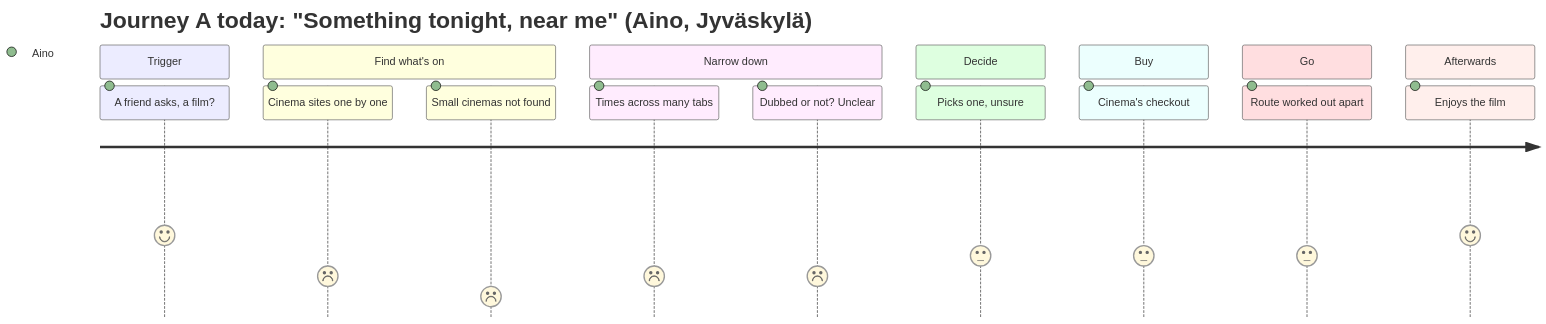
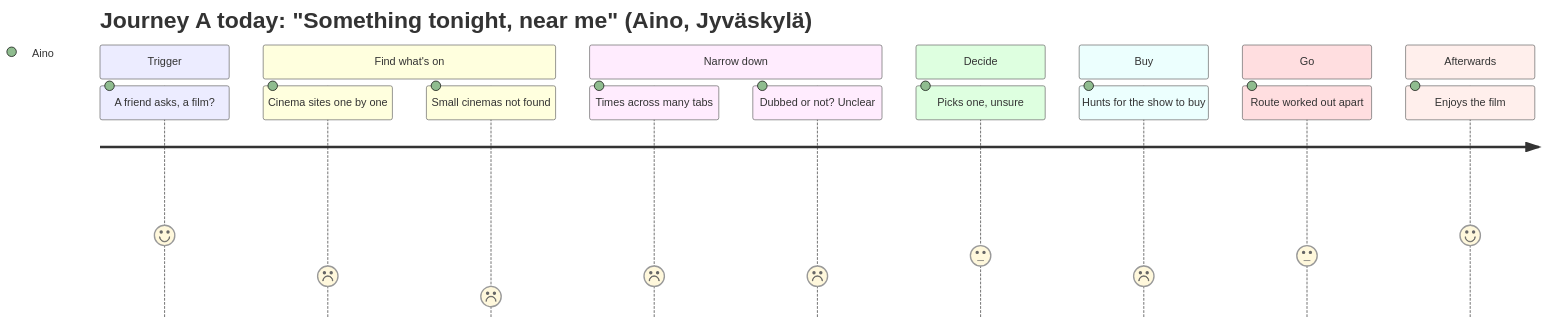
The first of 4 diagrams in docs/design/journey-map.md (pekkis/pekkis-goes-to-movies-2026), drawn with Mermaid before and after one commit. The commit also changed other lines of this file and 6 other files, not shown here.

First line of the commit message:
Journey maps: buying goes straight to the show's own purchase flow

````diff
--- a/docs/design/journey-map.md
+++ b/docs/design/journey-map.md
@@ -38,28 +38,28 @@
 ```mermaid
 ---
 config:
   journey:
     width: 190
     taskFontSize: 15
     sectionFontSize: 15
 ---
 %% image: journey-a-today
 journey
   title Journey A today: "Something tonight, near me" (Aino, Jyväskylä)
   section Trigger
     A friend asks, a film?: 4: Aino
   section Find what's on
     Cinema sites one by one: 2: Aino
     Small cinemas not found: 1: Aino
   section Narrow down
     Times across many tabs: 2: Aino
     Dubbed or not? Unclear: 2: Aino
   section Decide
     Picks one, unsure: 3: Aino
   section Buy
-    Cinema's checkout: 3: Aino
+    Hunts for the show to buy: 2: Aino
   section Go
     Route worked out apart: 3: Aino
   section Afterwards
     Enjoys the film: 4: Aino
 ```
````
